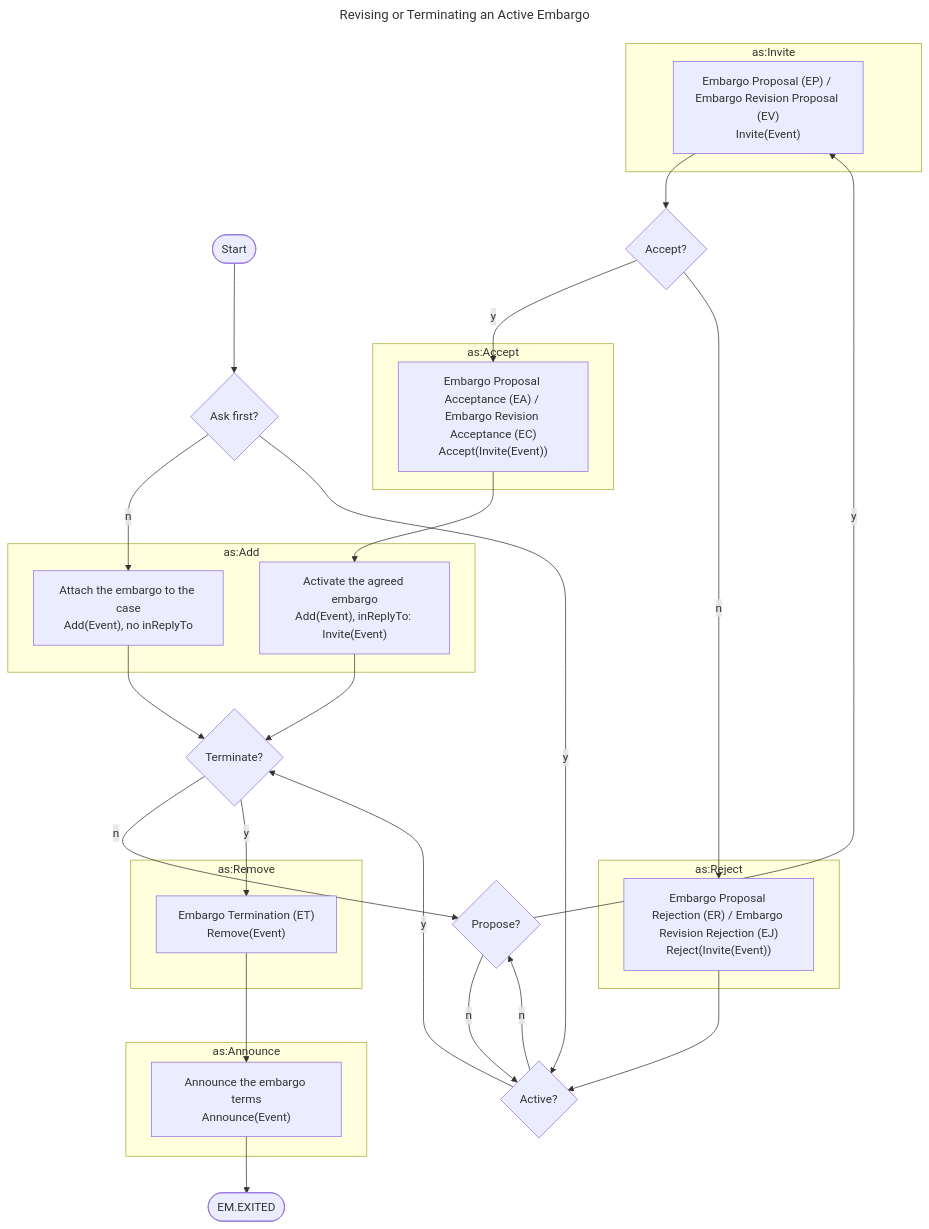
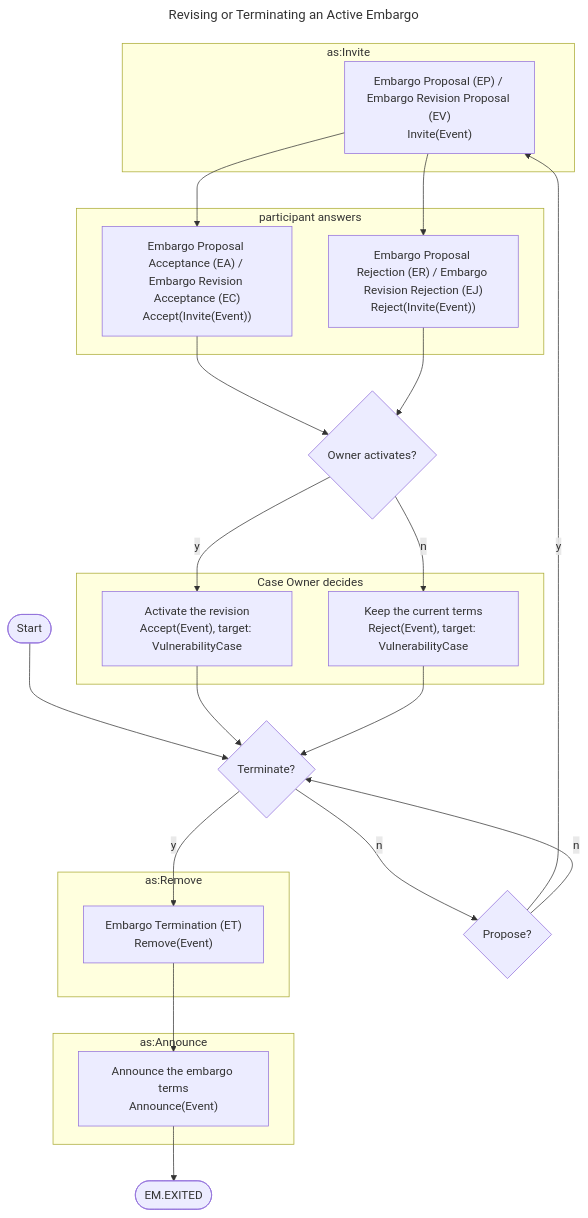
One commit to CERTCC/Vultron changed the diagram in docs/howto/activitypub/activities/manage_embargo.md. Above: the diagram before and after it, drawn with Mermaid. The commit also changed other lines of this file and 142 other files, not shown here.

First line of the commit message:
feat(embargo): the case owner's embargo activation and rejection get their own activities (#4292) (#4378)

````diff
--- a/docs/howto/activitypub/activities/manage_embargo.md
+++ b/docs/howto/activitypub/activities/manage_embargo.md
@@ -35,44 +35,38 @@
 ```mermaid
 ---
 title: Revising or Terminating an Active Embargo
 ---
 flowchart TB
     subgraph as:Invite
         EmProposeEmbargo["Embargo Proposal (EP) / Embargo Revision Proposal (EV)<br/>Invite(Event)"]
     end
-    subgraph as:Accept
+    subgraph participant answers
         EmAcceptEmbargo["Embargo Proposal Acceptance (EA) / Embargo Revision Acceptance (EC)<br/>Accept(Invite(Event))"]
-    end
-    subgraph as:Reject
         EmRejectEmbargo["Embargo Proposal Rejection (ER) / Embargo Revision Rejection (EJ)<br/>Reject(Invite(Event))"]
     end
-    subgraph as:Add
-        ActivateEmbargo["Activate the agreed embargo<br/>Add(Event), inReplyTo: Invite(Event)"]
-        AddEmbargoToCase["Attach the embargo to the case<br/>Add(Event), no inReplyTo"]
+    subgraph Case Owner decides
+        ActivateEmbargo["Activate the revision<br/>Accept(Event), target: VulnerabilityCase"]
+        RejectEmbargoProposal["Keep the current terms<br/>Reject(Event), target: VulnerabilityCase"]
     end
     subgraph as:Remove
         RemoveEmbargoFromCase["Embargo Termination (ET)<br/>Remove(Event)"]
     end
     subgraph as:Announce
         AnnounceEmbargo["Announce the embargo terms<br/>Announce(Event)"]
     end
-    start([Start])
-    start --> f{Ask first?}
-    f -->|n| AddEmbargoToCase
-    f -->|y| v{Active?}
-    v -->|y| t{Terminate?}
-    v -->|n| p{Propose?}
+    start([Start]) --> t{Terminate?}
+    t -->|n| p{Propose?}
     p -->|y| EmProposeEmbargo
-    p -->|n| v
-    EmProposeEmbargo --> a{Accept?}
-    a -->|y| EmAcceptEmbargo
-    a -->|n| EmRejectEmbargo
-    EmAcceptEmbargo --> ActivateEmbargo
-    EmRejectEmbargo --> v
+    p -->|n| t
+    EmProposeEmbargo --> EmAcceptEmbargo
+    EmProposeEmbargo --> EmRejectEmbargo
+    EmAcceptEmbargo --> d{Owner activates?}
+    EmRejectEmbargo --> d
+    d -->|y| ActivateEmbargo
+    d -->|n| RejectEmbargoProposal
     ActivateEmbargo --> t
-    AddEmbargoToCase --> t
-    t -->|n| p
+    RejectEmbargoProposal --> t
     t -->|y| RemoveEmbargoFromCase
     RemoveEmbargoFromCase --> AnnounceEmbargo
     AnnounceEmbargo --> exited([EM.EXITED])
 ```
````
